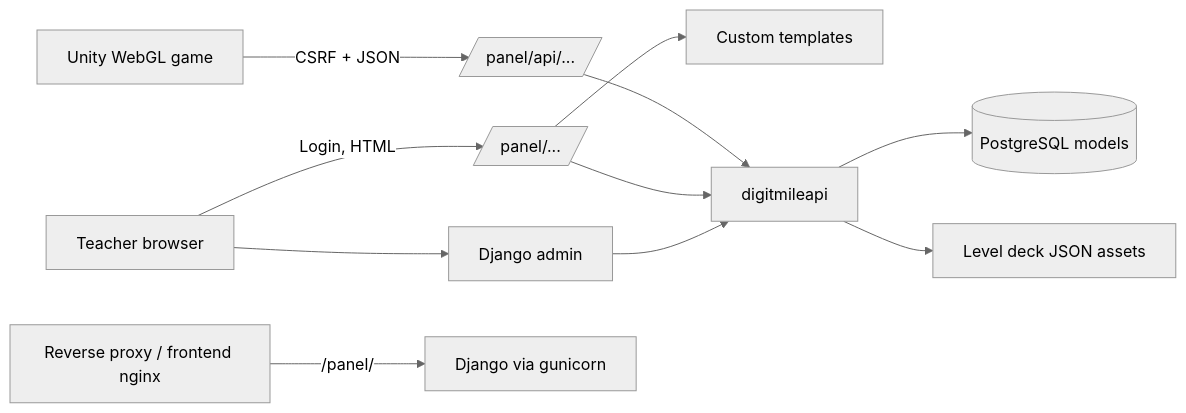
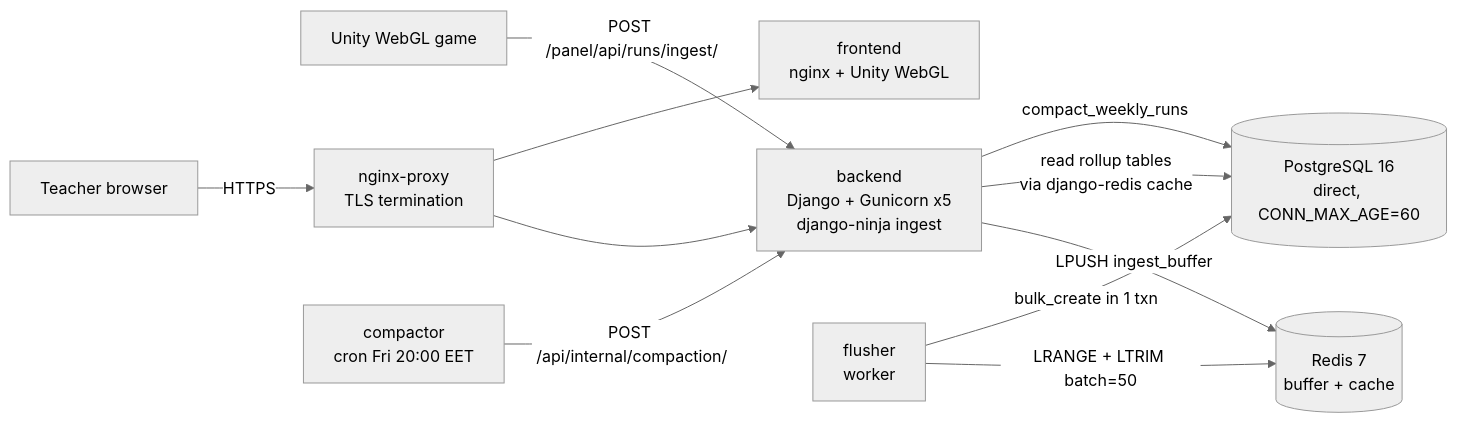
One commit to Gavranot/DigitMile changed the first of 2 diagrams in docs/architecture.md. Above: the diagram before and after it, drawn with Mermaid (neutral theme). The commit also changed other lines of this file and 18 other files, not shown here.

````diff
--- a/docs/architecture.md
+++ b/docs/architecture.md
@@ -16,13 +19,13 @@
 ```mermaid
 flowchart LR
-    Unity[Unity WebGL game] -->|CSRF + JSON| API[/panel/api/.../]
-    Browser[Teacher browser] -->|Login, HTML| Views[/panel/.../]
-    Views --> Templates[Custom templates]
-    API --> App[digitmileapi]
-    Views --> App
-    App --> Models[(PostgreSQL models)]
-    App --> Assets[Level deck JSON assets]
-    Browser --> Admin[Django admin]
-    Admin --> App
-    Nginx[Reverse proxy / frontend nginx] -->|/panel/| Gunicorn[Django via gunicorn]
+    Unity[Unity WebGL game] -->|POST /panel/api/runs/ingest/| Backend
+    Browser[Teacher browser] -->|HTTPS| Proxy[nginx-proxy<br/>TLS termination]
+    Proxy --> Backend[backend<br/>Django + Gunicorn x5<br/>django-ninja ingest]
+    Proxy --> Frontend[frontend<br/>nginx + Unity WebGL]
+    Backend -->|LPUSH ingest_buffer| Redis[(Redis 7<br/>buffer + cache)]
+    Backend -->|read rollup tables<br/>via django-redis cache| DB[(PostgreSQL 16<br/>direct, CONN_MAX_AGE=60)]
+    Flusher[flusher<br/>worker] -->|LRANGE + LTRIM batch=50| Redis
+    Flusher -->|bulk_create in 1 txn| DB
+    Compactor[compactor<br/>cron Fri 20:00 EET] -->|POST /api/internal/compaction/| Backend
+    Backend -->|compact_weekly_runs| DB
 ```
````
